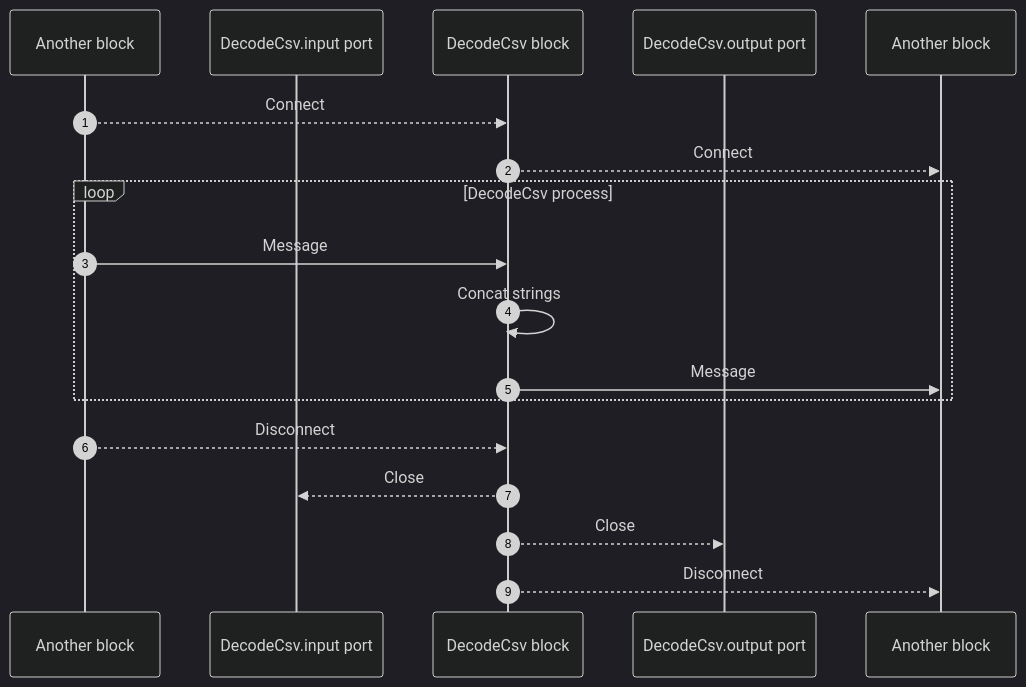
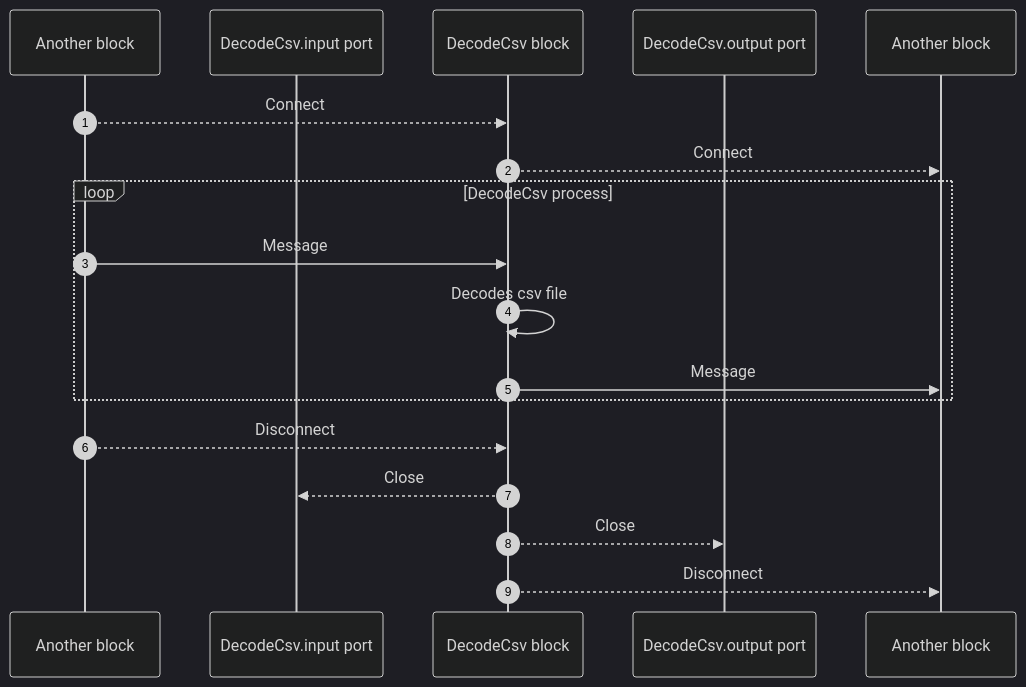
The diagram in lib/protoflow-blocks/doc/text/decode_csv.seq.mmd (AsimovPlatform/protoflow), drawn with Mermaid (dark theme) before and after one commit. The commit also changed 7 other files, not shown here.

```diff
--- a/lib/protoflow-blocks/doc/text/decode_csv.seq.mmd
+++ b/lib/protoflow-blocks/doc/text/decode_csv.seq.mmd
@@ -1,21 +1,21 @@
 sequenceDiagram
     autonumber
     participant BlockA as Another block
     participant DecodeCsv.input as DecodeCsv.input port
     participant DecodeCsv as DecodeCsv block
     participant DecodeCsv.output as DecodeCsv.output port
     participant BlockB as Another block
 
     BlockA-->>DecodeCsv: Connect
     DecodeCsv-->>BlockB: Connect
 
     loop DecodeCsv process
         BlockA->>DecodeCsv: Message
-        DecodeCsv->>DecodeCsv: Concat strings
+        DecodeCsv->>DecodeCsv: Decodes csv file
         DecodeCsv->>BlockB: Message
     end
 
     BlockA-->>DecodeCsv: Disconnect
     DecodeCsv-->>DecodeCsv.input: Close
     DecodeCsv-->>DecodeCsv.output: Close
     DecodeCsv-->>BlockB: Disconnect
```
